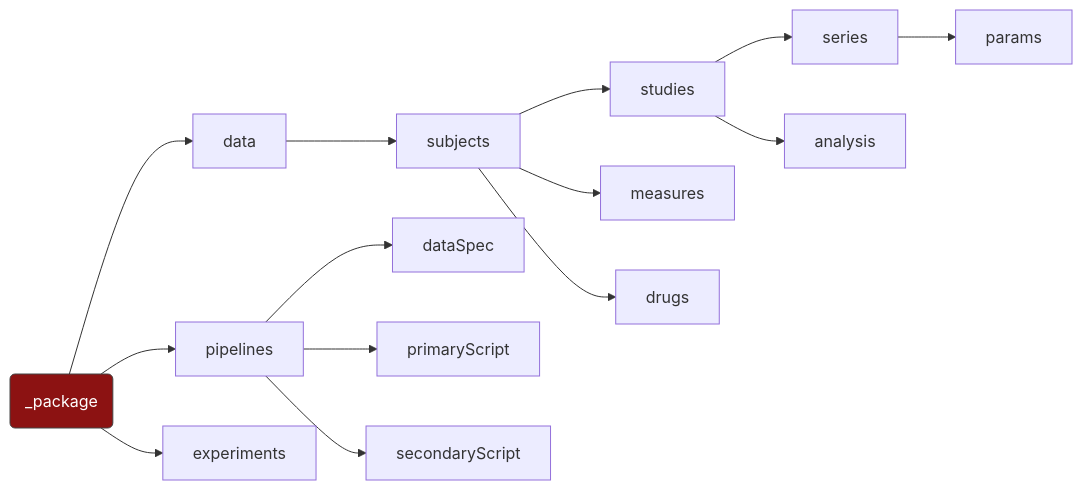
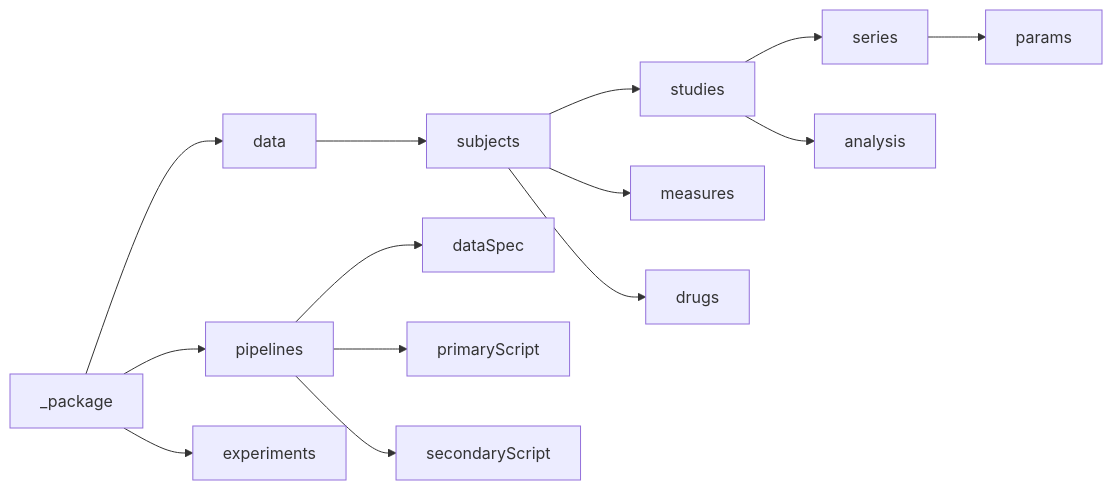
One commit to gbook/nidb changed the diagram in squirrel-root.md. Above: the diagram before and after it, drawn with Mermaid.

````diff
--- a/squirrel-root.md
+++ b/squirrel-root.md
@@ -3,18 +3,16 @@
 ```mermaid
 graph LR;
-    _package(_package)
     _package-->data;
     _package-->pipelines;
     _package-->experiments;
     data-->subjects;
     subjects-->studies;
     subjects-->measures;
     subjects-->drugs;
     studies-->series;
     series-->params;
     studies-->analysis;
     pipelines-->dataSpec;
     pipelines-->primaryScript;
     pipelines-->secondaryScript;
-    style _package fill:#8c1212,color:#fff,stroke:#444
 ```
````
